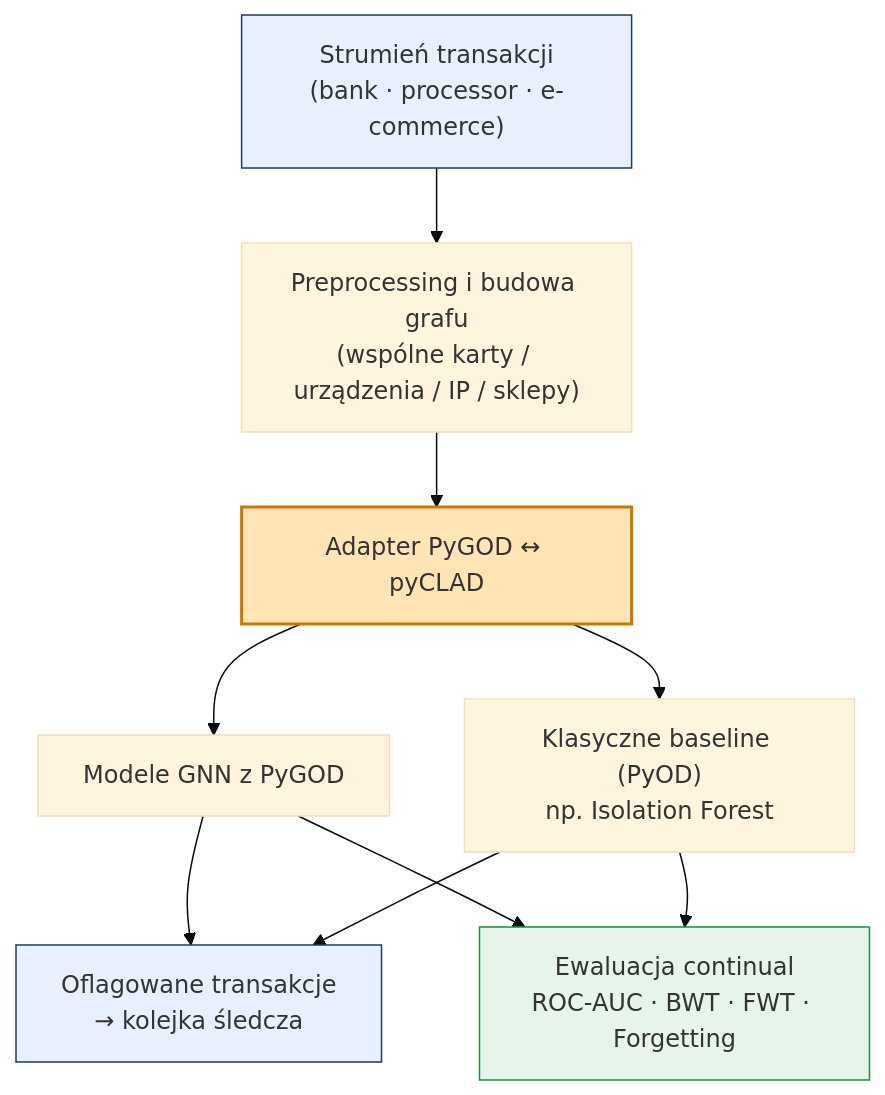
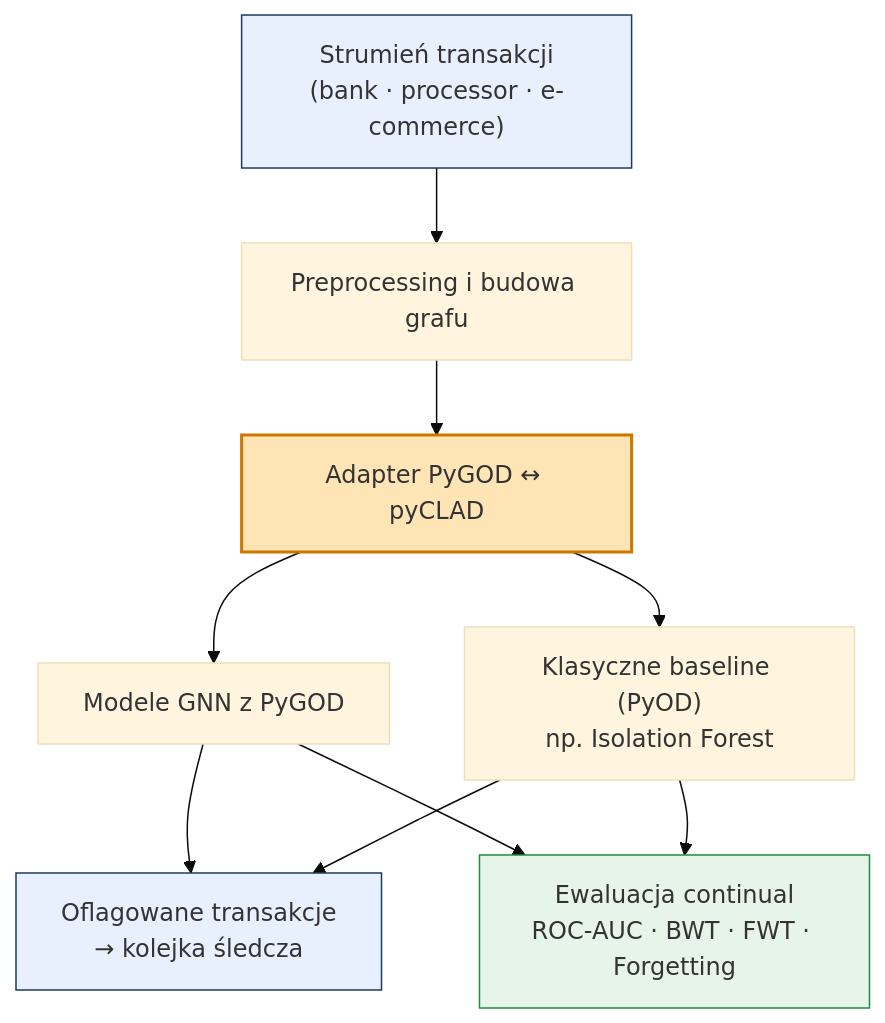
Before and after one commit to franciszekjob/continual-graph-fraud-detection: the diagram in README.md, drawn with Mermaid (base theme).

````diff
--- a/README.md
+++ b/README.md
@@ -64,26 +64,26 @@
 ```mermaid
 flowchart TD
     S["Strumień transakcji<br/>(bank · processor · e-commerce)"]
-    A["Preprocessing i budowa grafu<br/>(wspólne karty / urządzenia / IP / sklepy)"]
+    A["Preprocessing i budowa grafu"]
     D["Adapter PyGOD ↔ pyCLAD"]
     E["Modele GNN z PyGOD"]
     F["Klasyczne baseline (PyOD)<br/>np. Isolation Forest"]
     G["Oflagowane transakcje<br/>→ kolejka śledcza"]
     H["Ewaluacja continual<br/>ROC-AUC · BWT · FWT · Forgetting"]
 
     S --> A
     A --> D
     D --> E
     D --> F
     E --> G
     F --> G
     E --> H
     F --> H
 
     classDef adapter fill:#ffe4b5,stroke:#cc7700,stroke-width:2px;
     classDef io fill:#e8f0fe,stroke:#1f3a5f;
     classDef eval fill:#e6f4ea,stroke:#1e8e3e;
     class D adapter;
     class S,G io;
     class H eval;
 ```
````
